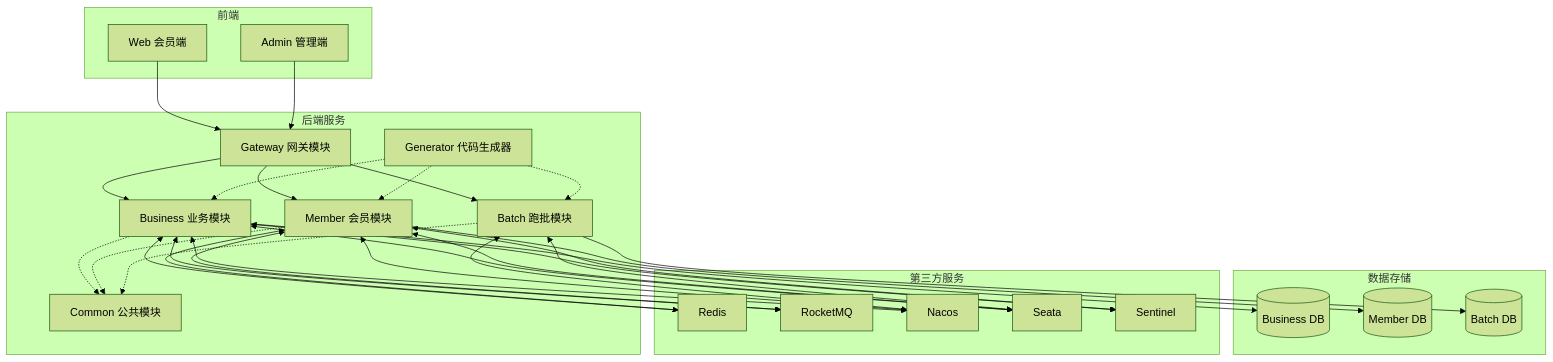
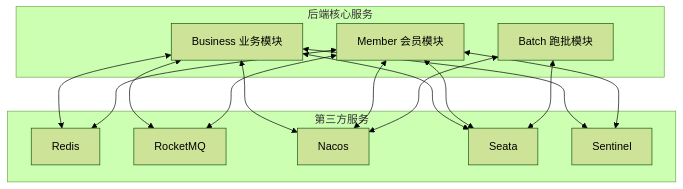
Before and after one commit to XiaomAweII/blog: diagram 13 of 13 in content/仿12306高性能售票系统/项目日记Day02.md, drawn with Mermaid (forest theme). The commit also changed other lines of this file and 1 other file, not shown here.

Commit message:
Quartz sync: Sep 11, 2024, 10:00 PM

````diff
--- a/content/仿12306高性能售票系统/项目日记Day02.md
+++ b/content/仿12306高性能售票系统/项目日记Day02.md
@@ -458,57 +514,20 @@
 ```mermaid
 graph TD
-    subgraph 前端
-    A[Web 会员端]
-    B[Admin 管理端]
-    end
-
-    subgraph 后端服务
-    C[Gateway 网关模块]
-    D[Business 业务模块]
-    E[Member 会员模块]
-    F[Batch 跑批模块]
-    G[Common 公共模块]
-    H[Generator 代码生成器]
-    end
-
-    subgraph 数据存储
-    I[(Business DB)]
-    J[(Member DB)]
-    K[(Batch DB)]
-    end
-
     subgraph 第三方服务
     L[Redis]
     M[RocketMQ]
     N[Nacos]
     O[Seata]
     P[Sentinel]
     end
 
-    A --> C
-    B --> C
-    C --> D
-    C --> E
-    C --> F
-    D --> I
-    E --> J
-    F --> K
-    D -.-> G
-    E -.-> G
-    F -.-> G
-    H -.-> D
-    H -.-> E
-    H -.-> F
-    D <--> L
-    D <--> M
-    D <--> N
-    D <--> O
-    D <--> P
-    E <--> L
-    E <--> M
-    E <--> N
-    E <--> O
-    E <--> P
-    F <--> N
-    F <--> O
+    subgraph 后端核心服务
+    D[Business 业务模块]
+    E[Member 会员模块]
+    F[Batch 跑批模块]
+    end
+
+    D <--> L & M & N & O & P
+    E <--> L & M & N & O & P
+    F <--> N & O
 ```
````
